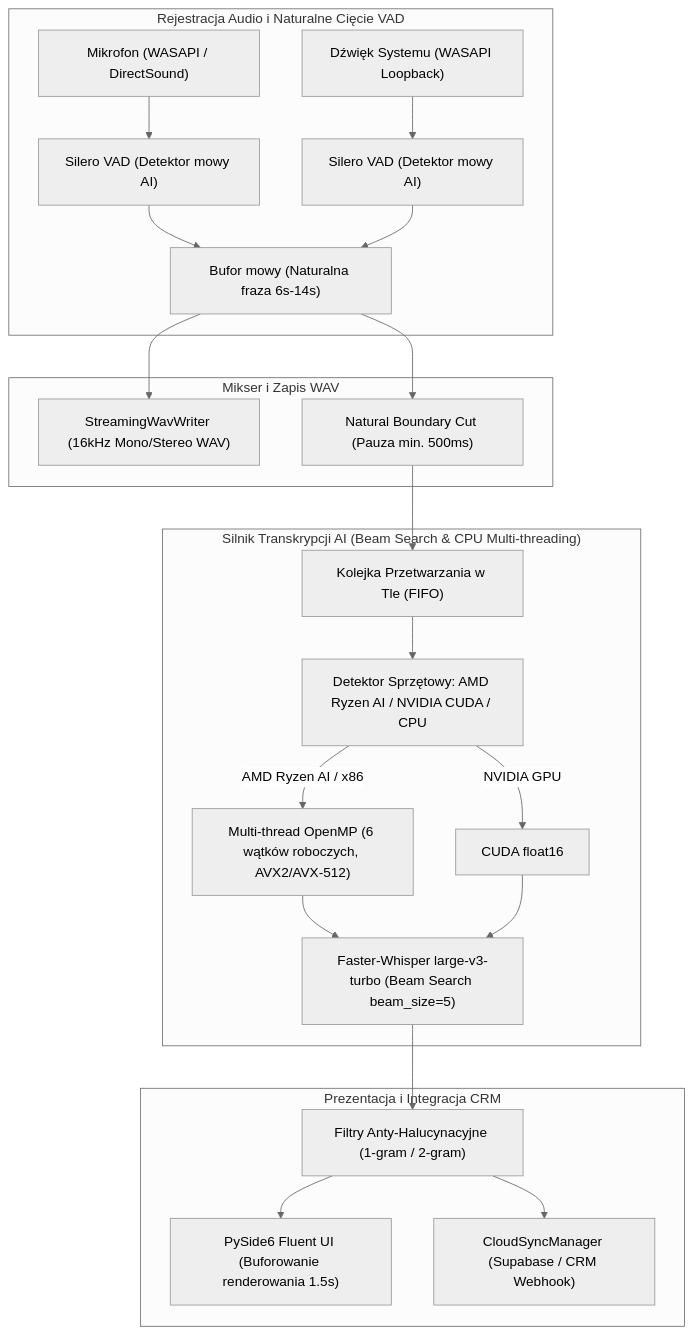
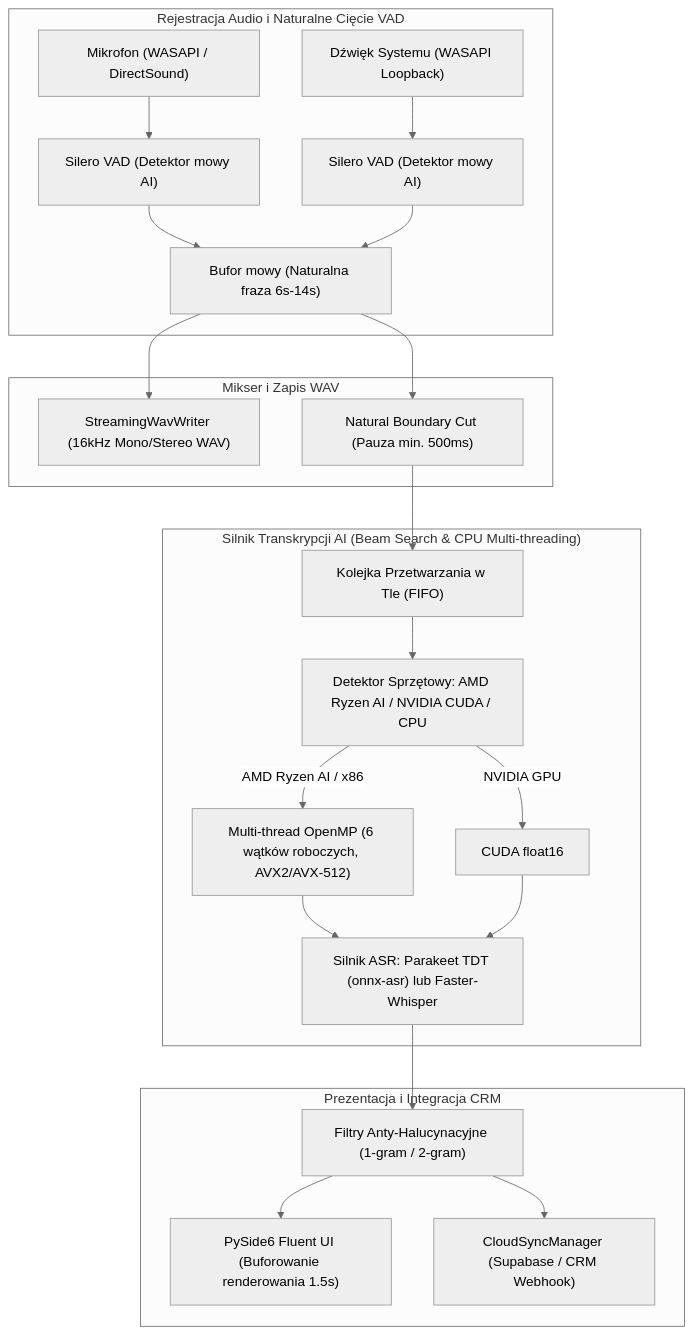
One commit to 999who/recorder_fork changed the diagram in ARCHITECTURE.md. Above: the diagram before and after it, drawn with Mermaid (neutral theme). The commit also changed other lines of this file and 9 other files, not shown here.

````diff
--- a/ARCHITECTURE.md
+++ b/ARCHITECTURE.md
@@ -5,29 +5,29 @@
 ```mermaid
 flowchart TD
     subgraph Audio_Capture["Rejestracja Audio i Naturalne Cięcie VAD"]
         MIC["Mikrofon (WASAPI / DirectSound)"] --> VAD_MIC["Silero VAD (Detektor mowy AI)"]
         SYS["Dźwięk Systemu (WASAPI Loopback)"] --> VAD_SYS["Silero VAD (Detektor mowy AI)"]
         VAD_MIC --> BUFFER["Bufor mowy (Naturalna fraza 6s-14s)"]
         VAD_SYS --> BUFFER
     end
 
     subgraph Audio_Mixer["Mikser i Zapis WAV"]
         BUFFER --> WAV_OUT["StreamingWavWriter (16kHz Mono/Stereo WAV)"]
         BUFFER --> VAD_CUT["Natural Boundary Cut (Pauza min. 500ms)"]
     end
 
     subgraph Inference_Engine["Silnik Transkrypcji AI (Beam Search & CPU Multi-threading)"]
         VAD_CUT --> ROLLING_Q["Kolejka Przetwarzania w Tle (FIFO)"]
         ROLLING_Q --> HW_DETECT["Detektor Sprzętowy: AMD Ryzen AI / NVIDIA CUDA / CPU"]
         HW_DETECT -->|AMD Ryzen AI / x86| CPU_THR["Multi-thread OpenMP (6 wątków roboczych, AVX2/AVX-512)"]
         HW_DETECT -->|NVIDIA GPU| CUDA["CUDA float16"]
-        CPU_THR --> WHISPER["Faster-Whisper large-v3-turbo (Beam Search beam_size=5)"]
+        CPU_THR --> WHISPER["Silnik ASR: Parakeet TDT (onnx-asr) lub Faster-Whisper"]
         CUDA --> WHISPER
     end
 
     subgraph UI_and_Sync["Prezentacja i Integracja CRM"]
         WHISPER --> DEDUP["Filtry Anty-Halucynacyjne (1-gram / 2-gram)"]
         DEDUP --> UI["PySide6 Fluent UI (Buforowanie renderowania 1.5s)"]
         DEDUP --> CLOUD["CloudSyncManager (Supabase / CRM Webhook)"]
     end
 ```
````
